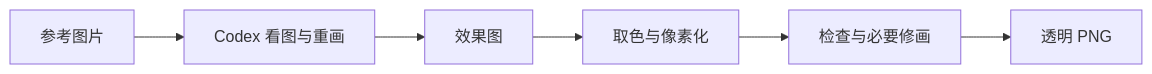
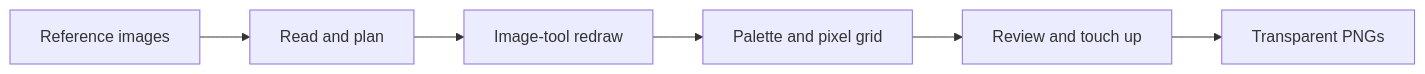
The diagram in README.md (See-Sol-Lab/Picxel), drawn with Mermaid before and after one commit. The commit also changed other lines of this file and 10 other files, not shown here.

````diff
--- a/README.md
+++ b/README.md
@@ -50,8 +38,8 @@
 ```mermaid
 flowchart LR
-    A[参考图片] --> B[Codex 看图与重画]
-    B --> C[效果图]
-    C --> D[取色与像素化]
-    D --> E[检查与必要修画]
-    E --> F[透明 PNG]
+    A[Reference images] --> B[Read and plan]
+    B --> C[Image-tool redraw]
+    C --> D[Palette and pixel grid]
+    D --> E[Review and touch up]
+    E --> F[Transparent PNGs]
 ```
````
